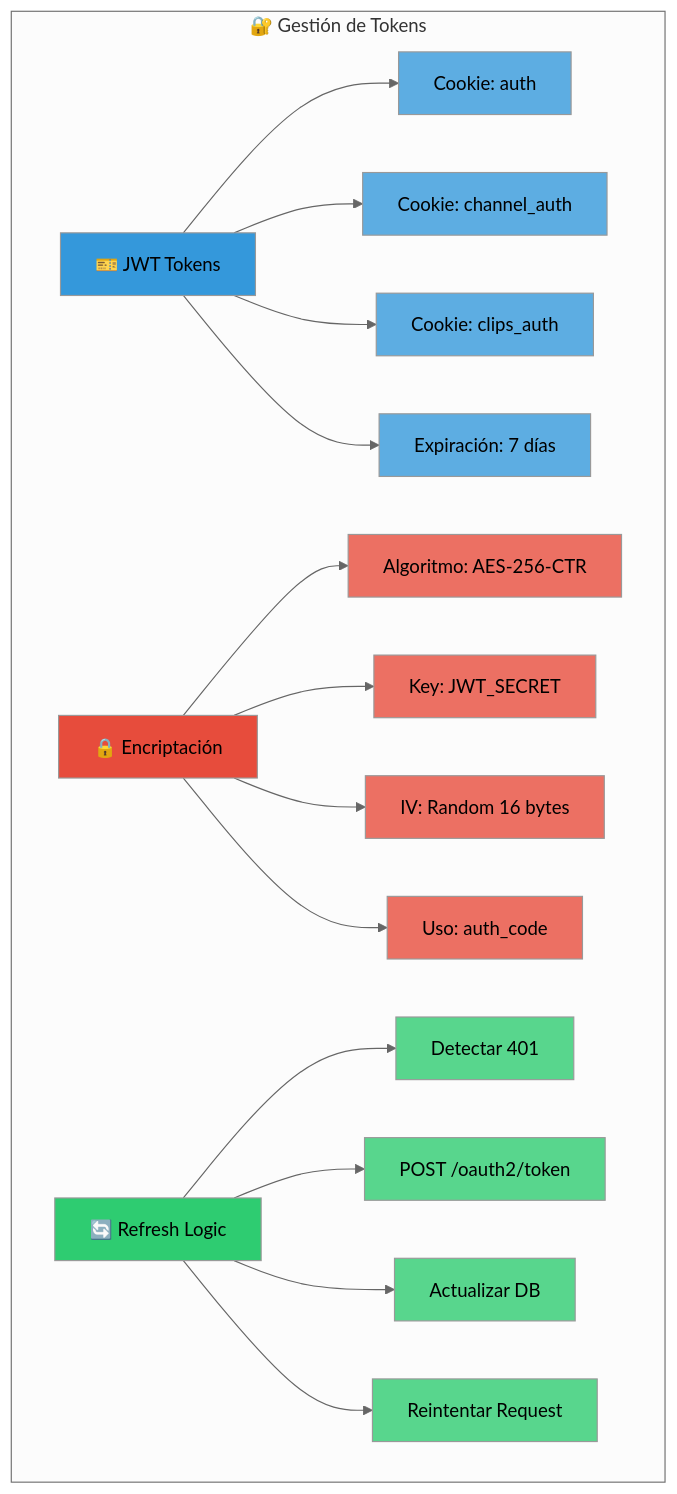
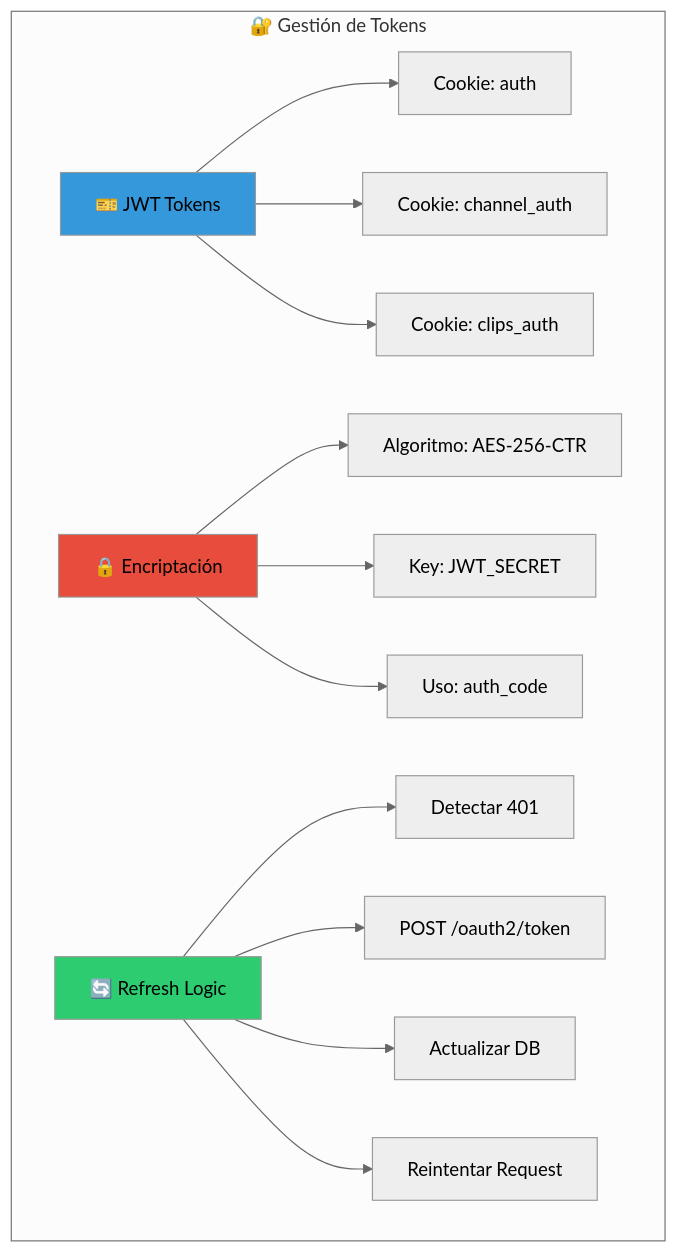
The sixth of 6 diagrams in Docs/API_FLOWCHART.md (Ponss17/Followage-api), drawn with Mermaid (neutral theme) before and after one commit. The commit also changed other lines of this file and 2 other files, not shown here.

````diff
--- a/Docs/API_FLOWCHART.md
+++ b/Docs/API_FLOWCHART.md
@@ -407,39 +258,25 @@
 ```mermaid
 graph TB
     subgraph "🔐 Gestión de Tokens"
         JWT[🎫 JWT Tokens]
         ENCRYPT[🔒 Encriptación]
         REFRESH[🔄 Refresh Logic]
         
         JWT --> JWT1[Cookie: auth]
         JWT --> JWT2[Cookie: channel_auth]
         JWT --> JWT3[Cookie: clips_auth]
-        JWT --> JWT4[Expiración: 7 días]
         
         ENCRYPT --> ENC1[Algoritmo: AES-256-CTR]
         ENCRYPT --> ENC2[Key: JWT_SECRET]
-        ENCRYPT --> ENC3[IV: Random 16 bytes]
         ENCRYPT --> ENC4[Uso: auth_code]
         
         REFRESH --> REF1[Detectar 401]
         REFRESH --> REF2[POST /oauth2/token]
         REFRESH --> REF3[Actualizar DB]
         REFRESH --> REF4[Reintentar Request]
     end
     
     style JWT fill:#3498DB
     style ENCRYPT fill:#E74C3C
     style REFRESH fill:#2ECC71
-    style JWT1 fill:#5DADE2
-    style JWT2 fill:#5DADE2
-    style JWT3 fill:#5DADE2
-    style JWT4 fill:#5DADE2
-    style ENC1 fill:#EC7063
-    style ENC2 fill:#EC7063
-    style ENC3 fill:#EC7063
-    style ENC4 fill:#EC7063
-    style REF1 fill:#58D68D
-    style REF2 fill:#58D68D
-    style REF3 fill:#58D68D
-    style REF4 fill:#58D68D
 ```
````
